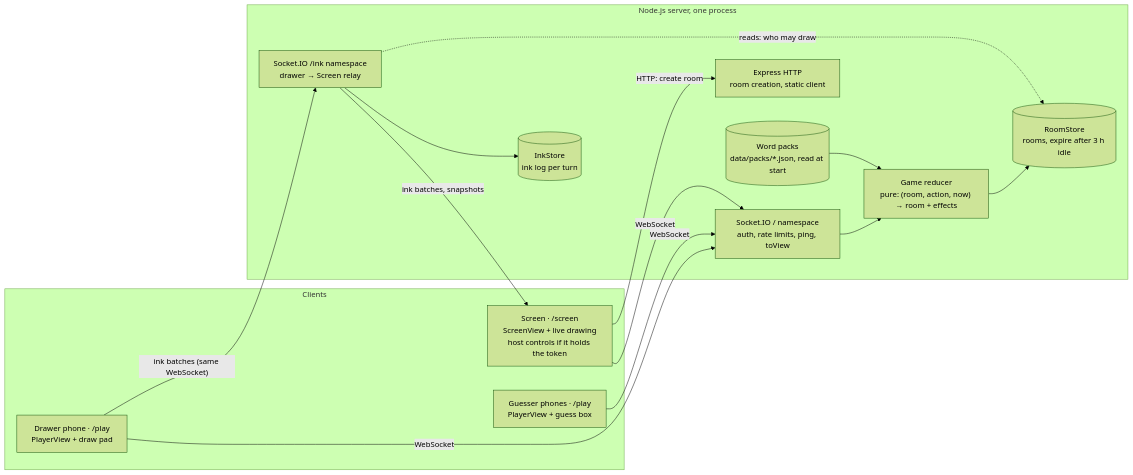
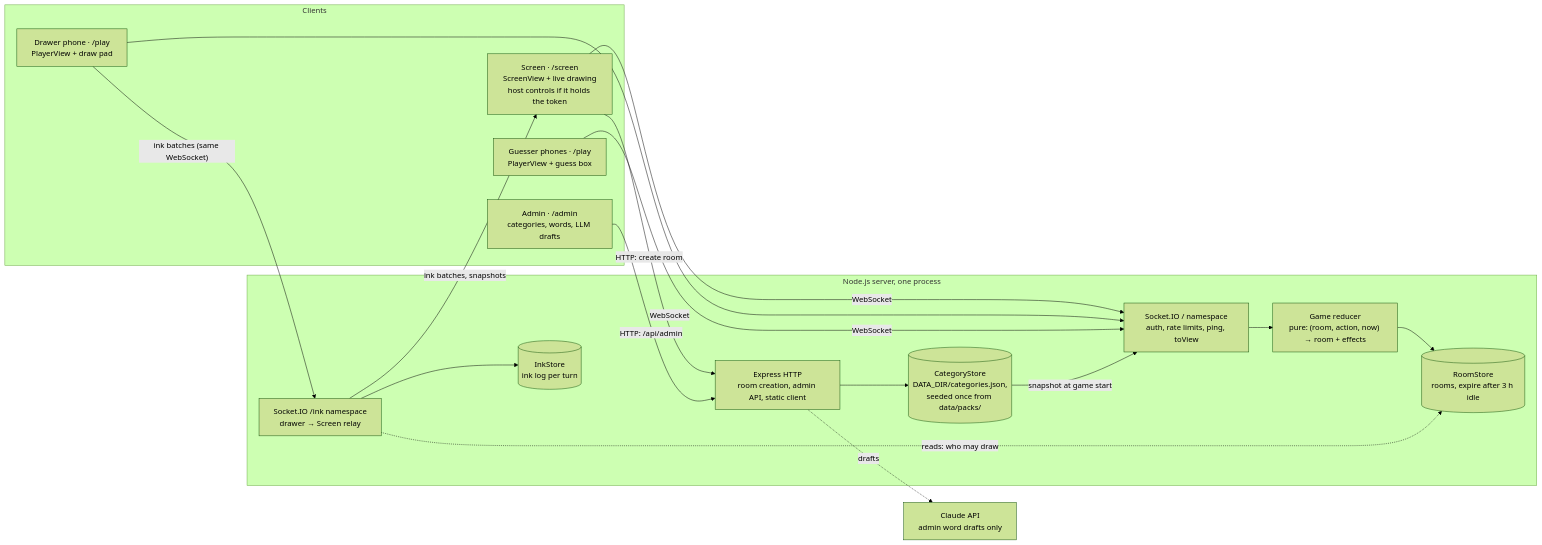
One commit to kim-nejudne/portfolio changed the first of 2 diagrams in sketchy/docs/spec.md. Above: the diagram before and after it, drawn with Mermaid (forest theme). The commit also changed other lines of this file and 1 other file, not shown here.

Commit message:
docs(sketchy): apply admin and categories spec patch

````diff
--- a/sketchy/docs/spec.md
+++ b/sketchy/docs/spec.md
@@ -102,27 +105,32 @@
 ```mermaid
 flowchart LR
   subgraph Clients
     S["Screen · /screen<br/>ScreenView + live drawing<br/>host controls if it holds the token"]
     D["Drawer phone · /play<br/>PlayerView + draw pad"]
     G["Guesser phones · /play<br/>PlayerView + guess box"]
+    A["Admin · /admin<br/>categories, words, LLM drafts"]
   end
   subgraph Server["Node.js server, one process"]
-    E["Express HTTP<br/>room creation, static client"]
+    E["Express HTTP<br/>room creation, admin API, static client"]
     GW["Socket.IO / namespace<br/>auth, rate limits, ping, toView"]
     INK["Socket.IO /ink namespace<br/>drawer → Screen relay"]
     R["Game reducer<br/>pure: (room, action, now) → room + effects"]
     M[("RoomStore<br/>rooms, expire after 3 h idle")]
     IS[("InkStore<br/>ink log per turn")]
-    P[("Word packs<br/>data/packs/*.json, read at start")]
+    P[("CategoryStore<br/>DATA_DIR/categories.json,<br/>seeded once from data/packs/")]
   end
+  CL["Claude API<br/>admin word drafts only"]
   S -- WebSocket --> GW
   D -- WebSocket --> GW
   G -- WebSocket --> GW
   D -- "ink batches (same WebSocket)" --> INK
   INK -- "ink batches, snapshots" --> S
   GW --> R --> M
   INK --> IS
   INK -. "reads: who may draw" .-> M
-  P --> R
+  P -- "snapshot at game start" --> GW
   S -- "HTTP: create room" --> E
+  A -- "HTTP: /api/admin" --> E
+  E --> P
+  E -. "drafts" .-> CL
 ```
````
